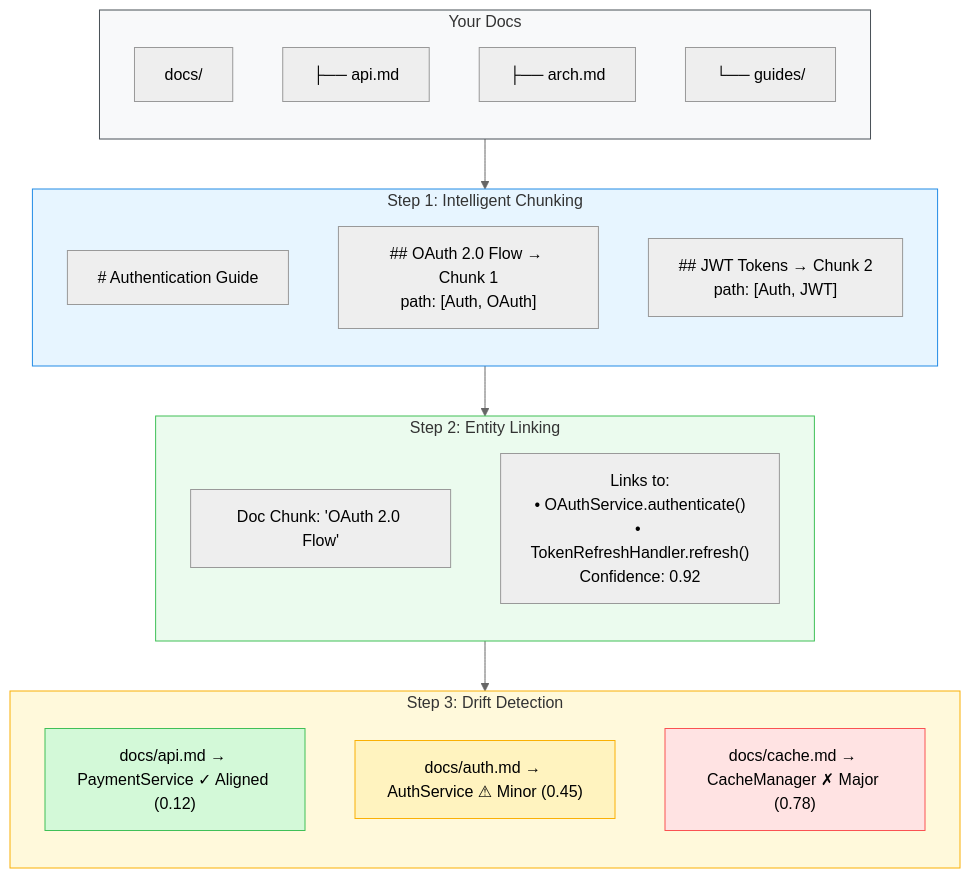
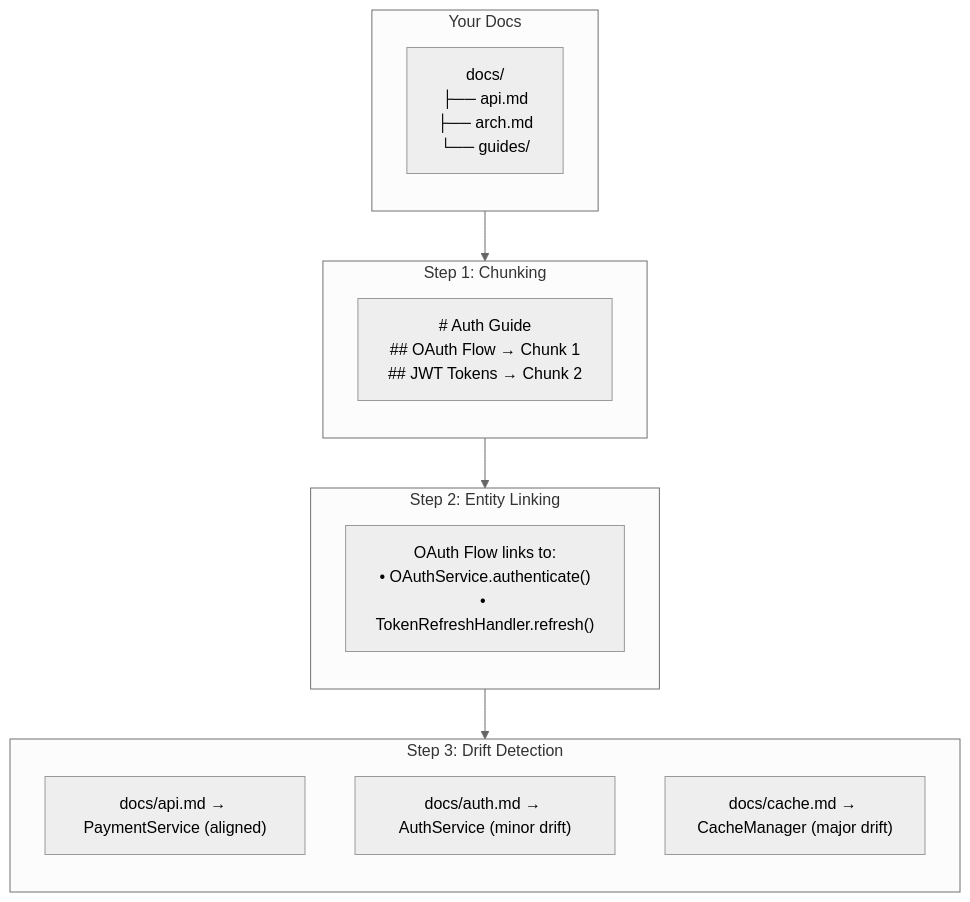
Before and after one commit to iAmLakshya/Lattice: the fourth of 8 diagrams in README.md, drawn with Mermaid (neutral theme). The commit also changed other lines of this file, not shown here.

````diff
--- a/README.md
+++ b/README.md
@@ -415,40 +394,26 @@
 ```mermaid
 flowchart TB
     subgraph docs["Your Docs"]
         direction TB
-        d1["docs/"]
-        d2["├── api.md"]
-        d3["├── arch.md"]
-        d4["└── guides/"]
+        d1["docs/\n├── api.md\n├── arch.md\n└── guides/"]
     end
 
-    subgraph step1["Step 1: Intelligent Chunking"]
+    subgraph step1["Step 1: Chunking"]
         direction TB
-        s1a["# Authentication Guide"]
-        s1b["## OAuth 2.0 Flow → Chunk 1<br/>path: [Auth, OAuth]"]
-        s1c["## JWT Tokens → Chunk 2<br/>path: [Auth, JWT]"]
+        s1["# Auth Guide\n## OAuth Flow → Chunk 1\n## JWT Tokens → Chunk 2"]
     end
 
     subgraph step2["Step 2: Entity Linking"]
         direction TB
-        s2a["Doc Chunk: 'OAuth 2.0 Flow'"]
-        s2b["Links to:<br/>• OAuthService.authenticate()<br/>• TokenRefreshHandler.refresh()<br/>Confidence: 0.92"]
+        s2["OAuth Flow links to:\n• OAuthService.authenticate()\n• TokenRefreshHandler.refresh()"]
     end
 
     subgraph step3["Step 3: Drift Detection"]
         direction TB
-        s3a["docs/api.md → PaymentService ✓ Aligned (0.12)"]
-        s3b["docs/auth.md → AuthService ⚠ Minor (0.45)"]
-        s3c["docs/cache.md → CacheManager ✗ Major (0.78)"]
+        s3a["docs/api.md → PaymentService (aligned)"]
+        s3b["docs/auth.md → AuthService (minor drift)"]
+        s3c["docs/cache.md → CacheManager (major drift)"]
     end
 
     docs --> step1 --> step2 --> step3
-
-    style docs fill:#f8f9fa,stroke:#495057
-    style step1 fill:#e7f5ff,stroke:#228be6
-    style step2 fill:#ebfbee,stroke:#40c057
-    style step3 fill:#fff9db,stroke:#fab005
-    style s3a fill:#d3f9d8,stroke:#40c057
-    style s3b fill:#fff3bf,stroke:#fab005
-    style s3c fill:#ffe3e3,stroke:#fa5252
 ```
````
